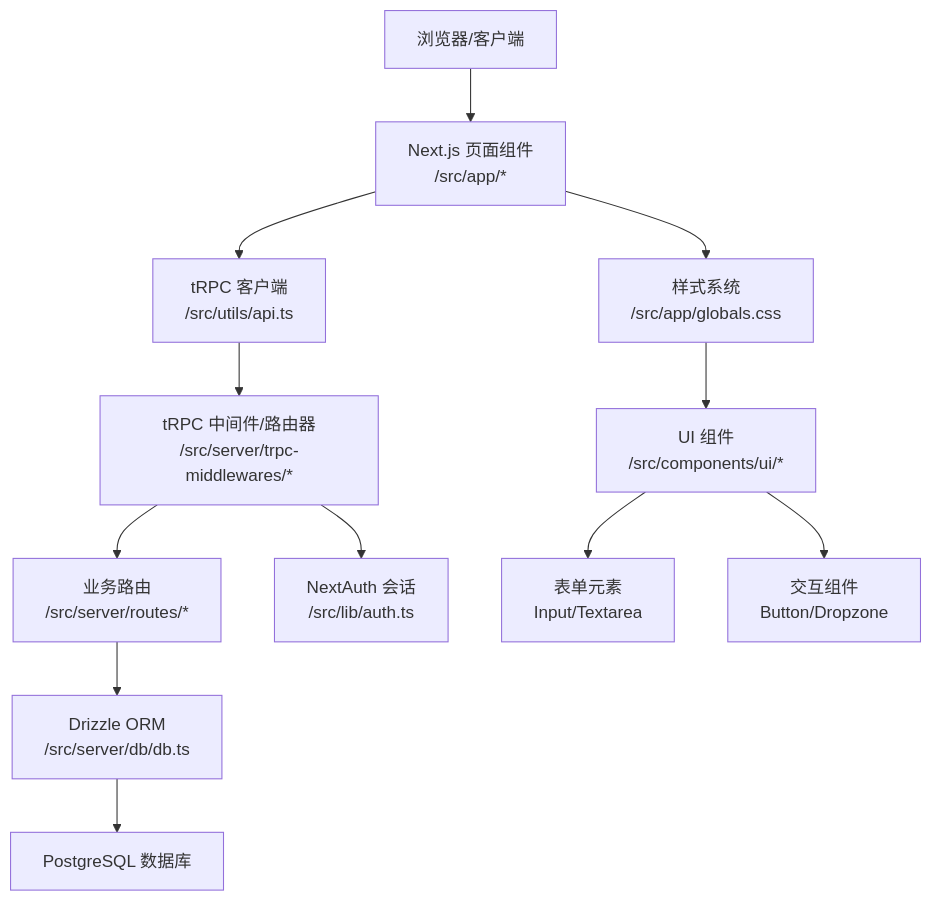
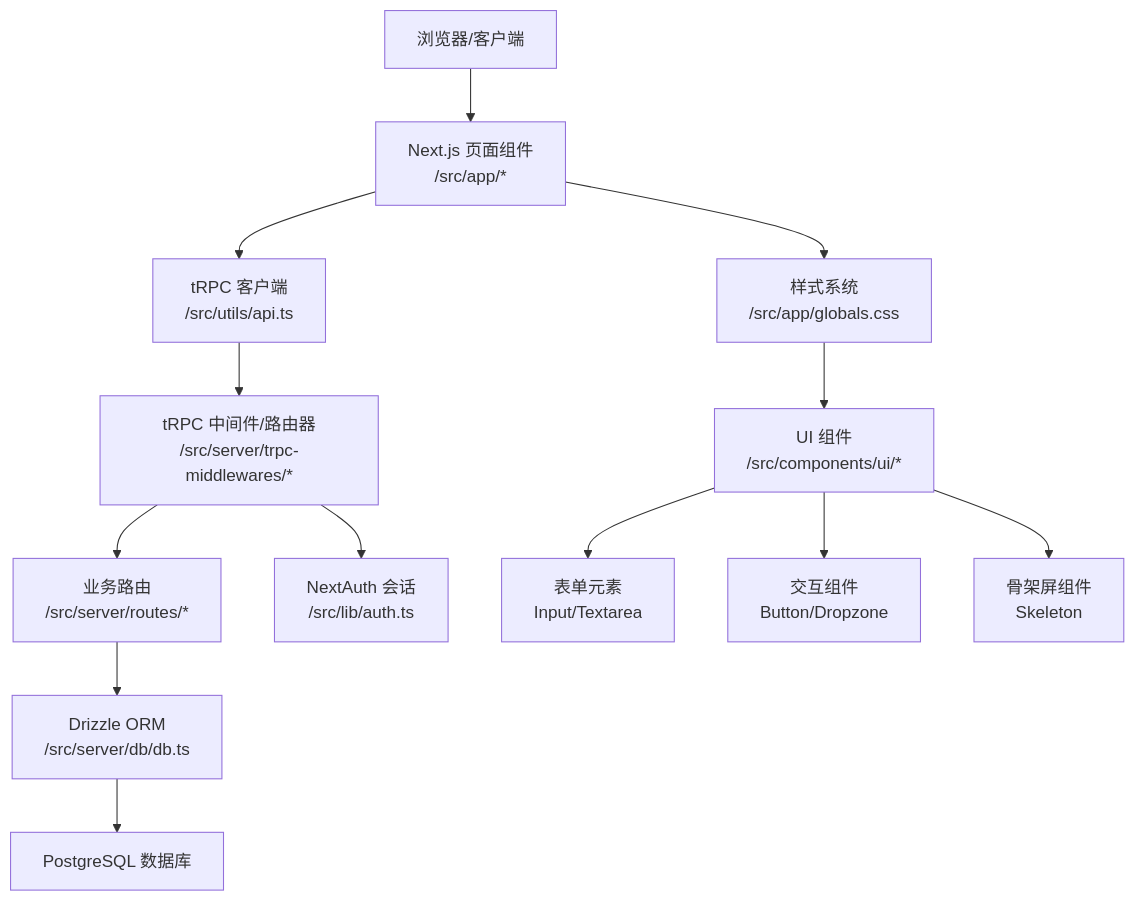
The second of 10 diagrams in .qoder/repowiki/zh/content/核心功能模块/应用管理系统.md (RadiumAg/image-saas), drawn with Mermaid before and after one commit. The commit also changed other lines of this file and 60 other files, not shown here.

````diff
--- a/.qoder/repowiki/zh/content/核心功能模块/应用管理系统.md
+++ b/.qoder/repowiki/zh/content/核心功能模块/应用管理系统.md
@@ -163,14 +171,15 @@
 ```mermaid
 graph TB
 Client["浏览器/客户端"] --> UI["Next.js 页面组件<br/>/src/app/*"]
 UI --> TClient["tRPC 客户端<br/>/src/utils/api.ts"]
 TClient --> TRPCMW["tRPC 中间件/路由器<br/>/src/server/trpc-middlewares/*"]
 TRPCMW --> Routes["业务路由<br/>/src/server/routes/*"]
 Routes --> DB["Drizzle ORM<br/>/src/server/db/db.ts"]
 DB --> PG["PostgreSQL 数据库"]
 TRPCMW --> Auth["NextAuth 会话<br/>/src/lib/auth.ts"]
 UI --> Styles["样式系统<br/>/src/app/globals.css"]
 Styles --> Components["UI 组件<br/>/src/components/ui/*"]
 Components --> FormElements["表单元素<br/>Input/Textarea"]
 Components --> Interaction["交互组件<br/>Button/Dropzone"]
+Components --> Skeleton["骨架屏组件<br/>Skeleton"]
 ```
````
